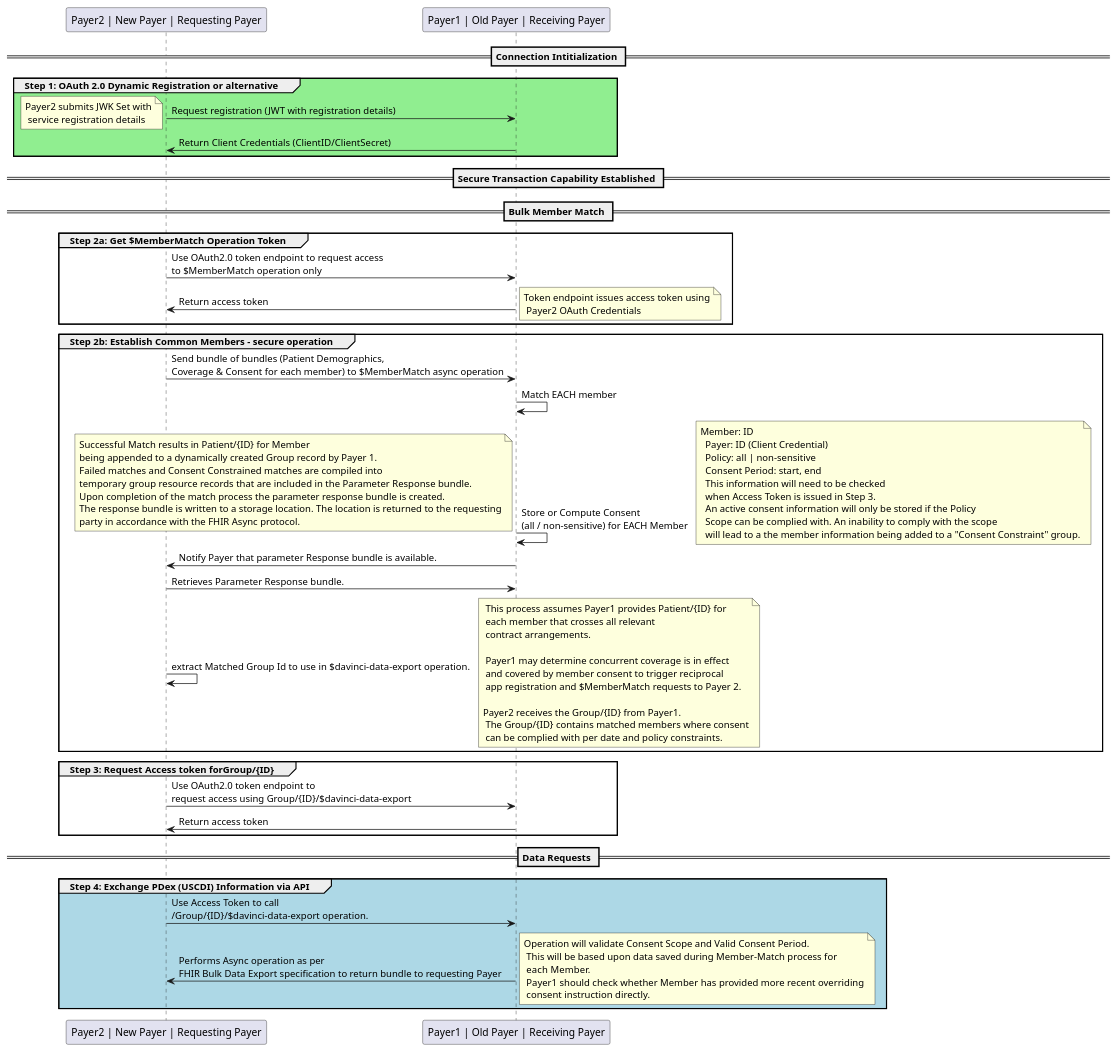
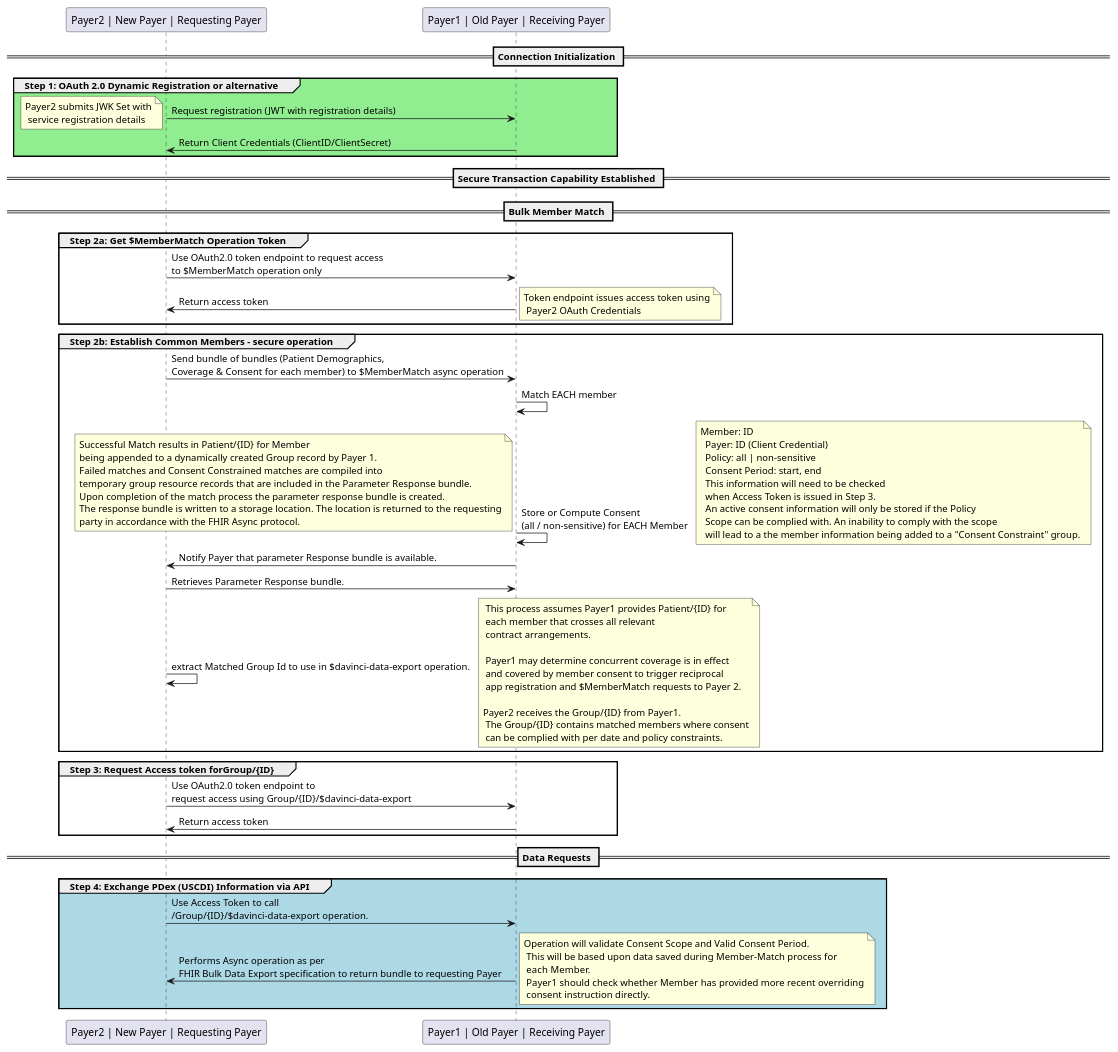
One commit to HL7/davinci-epdx changed the diagram in input/images-source/pdex/bulk-p2p-exchange.plantuml. Above: the diagram before and after it, drawn with PlantUML.

Commit message:
[#21] fix spelling issue in plantuml

```diff
--- a/input/images-source/pdex/bulk-p2p-exchange.plantuml
+++ b/input/images-source/pdex/bulk-p2p-exchange.plantuml
@@ -1,84 +1,84 @@
 @startuml
 skinparam svgDimensionStyle false
 participant "Payer2 | New Payer | Requesting Payer" as Payer2
 participant "Payer1 | Old Payer | Receiving Payer" as Payer1
-== Connection Intitialization ==
+== Connection Initialization ==
 group #lightGreen Step 1: OAuth 2.0 Dynamic Registration or alternative
 	Payer2 -> Payer1 : Request registration (JWT with registration details)
 	note left
   	Payer2 submits JWK Set with
     service registration details
   endnote
   Payer1 -> Payer2 : Return Client Credentials (ClientID/ClientSecret)
 
 end
 == Secure Transaction Capability Established ==
 
 == Bulk Member Match ==
 group Step 2a: Get $MemberMatch Operation Token
 	Payer2 -> Payer1 : Use OAuth2.0 token endpoint to request access \nto $MemberMatch operation only
   Payer1 -> Payer2 : Return access token
   note right
   	Token endpoint issues access token using
     Payer2 OAuth Credentials
   endnote
 end
 group Step 2b: Establish Common Members - secure operation
 	Payer2 -> Payer1 : Send bundle of bundles (Patient Demographics, \nCoverage & Consent for each member) to $MemberMatch async operation
 	Payer1 -> Payer1 : Match EACH member
   Payer1 -> Payer1 : Store or Compute Consent \n(all / non-sensitive) for EACH Member
   note right
   Member: ID
     Payer: ID (Client Credential)
     Policy: all | non-sensitive
     Consent Period: start, end
     This information will need to be checked
     when Access Token is issued in Step 3.
     An active consent information will only be stored if the Policy
     Scope can be complied with. An inability to comply with the scope
     will lead to a the member information being added to a "Consent Constraint" group.
   endnote
   note left
     Successful Match results in Patient/{ID} for Member
     being appended to a dynamically created Group record by Payer 1.
     Failed matches and Consent Constrained matches are compiled into
     temporary group resource records that are included in the Parameter Response bundle.
     Upon completion of the match process the parameter response bundle is created.
     The response bundle is written to a storage location. The location is returned to the requesting
     party in accordance with the FHIR Async protocol.
   endnote
 	Payer1 -> Payer2 : Notify Payer that parameter Response bundle is available.
 	Payer2 -> Payer1 : Retrieves Parameter Response bundle.
 	Payer2 -> Payer2 : extract Matched Group Id to use in $davinci-data-export operation.
   note right
     This process assumes Payer1 provides Patient/{ID} for
     each member that crosses all relevant
     contract arrangements.
 
     Payer1 may determine concurrent coverage is in effect
     and covered by member consent to trigger reciprocal
     app registration and $MemberMatch requests to Payer 2.
 
   	Payer2 receives the Group/{ID} from Payer1.
     The Group/{ID} contains matched members where consent
     can be complied with per date and policy constraints.
   endnote
 end
 
 group Step 3: Request Access token forGroup/{ID}
 	Payer2 -> Payer1 : Use OAuth2.0 token endpoint to \nrequest access using Group/{ID}/$davinci-data-export
   Payer1 -> Payer2 : Return access token
 end
 == Data Requests ==
 group #LightBlue Step 4: Exchange PDex (USCDI) Information via API
   Payer2 -> Payer1 : Use Access Token to call \n/Group/{ID}/$davinci-data-export operation.
 	Payer1 -> Payer2 : Performs Async operation as per \nFHIR Bulk Data Export specification to return bundle to requesting Payer
   note right
   	Operation will validate Consent Scope and Valid Consent Period.
     This will be based upon data saved during Member-Match process for
     each Member.
     Payer1 should check whether Member has provided more recent overriding
     consent instruction directly.
   endnote
 end
 @enduml
```
